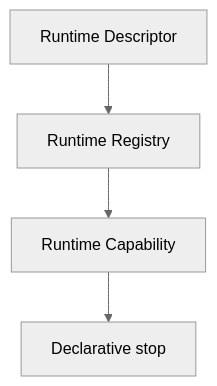
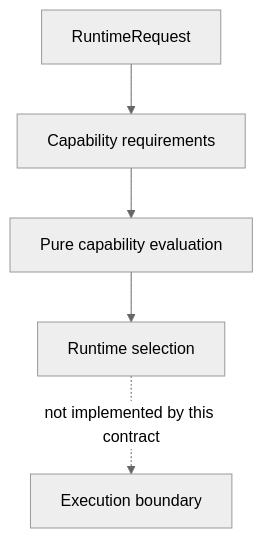
Before and after one commit to Deadpool042/loop-engine: the diagram in docs/architecture/runtime-capability-rfc.md, drawn with Mermaid (neutral theme). The commit also changed other lines of this file and 26 other files, not shown here.

Commit message:
refactor(runtime): reconcile capability contracts

````diff
--- a/docs/architecture/runtime-capability-rfc.md
+++ b/docs/architecture/runtime-capability-rfc.md
@@ -7,6 +19,13 @@
 ```mermaid
 flowchart TD
-  Descriptor[Runtime Descriptor] --> Registry[Runtime Registry]
-  Registry --> Capability[Runtime Capability]
-  Capability --> Stop[Declarative stop]
+  Request[RuntimeRequest]
+  Requirements[Capability requirements]
+  Evaluation[Pure capability evaluation]
+  Selection[Runtime selection]
+  Boundary[Execution boundary]
+
+  Request --> Requirements
+  Requirements --> Evaluation
+  Evaluation --> Selection
+  Selection -. "not implemented by this contract" .-> Boundary
 ```
````
